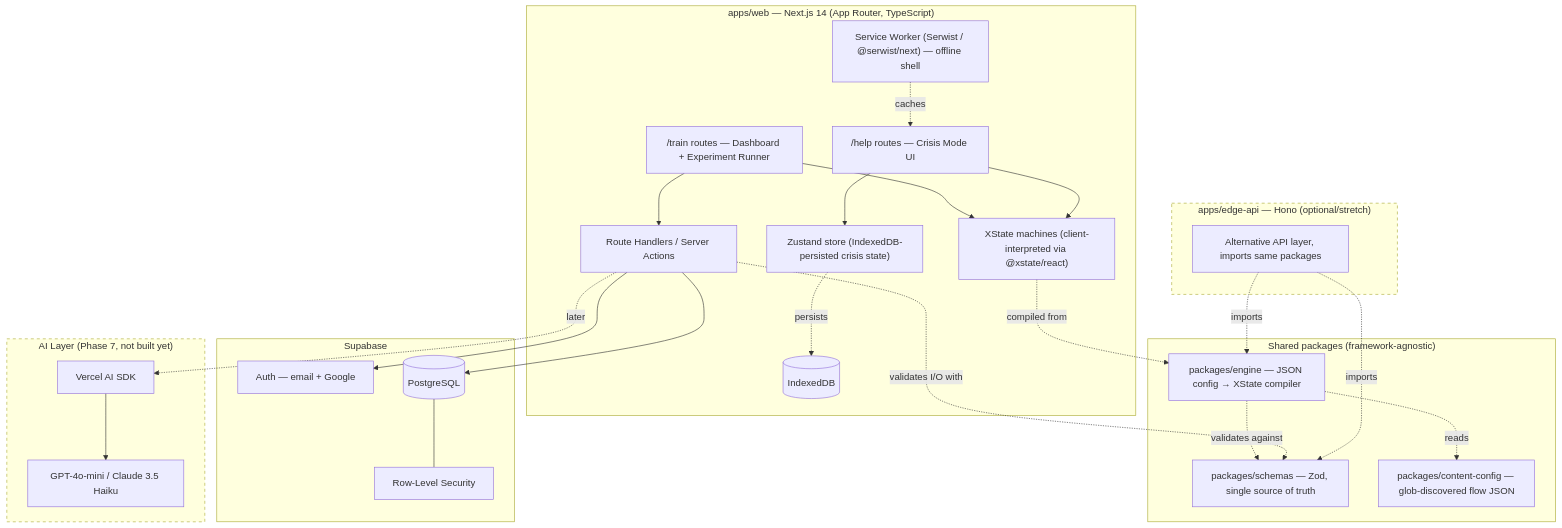
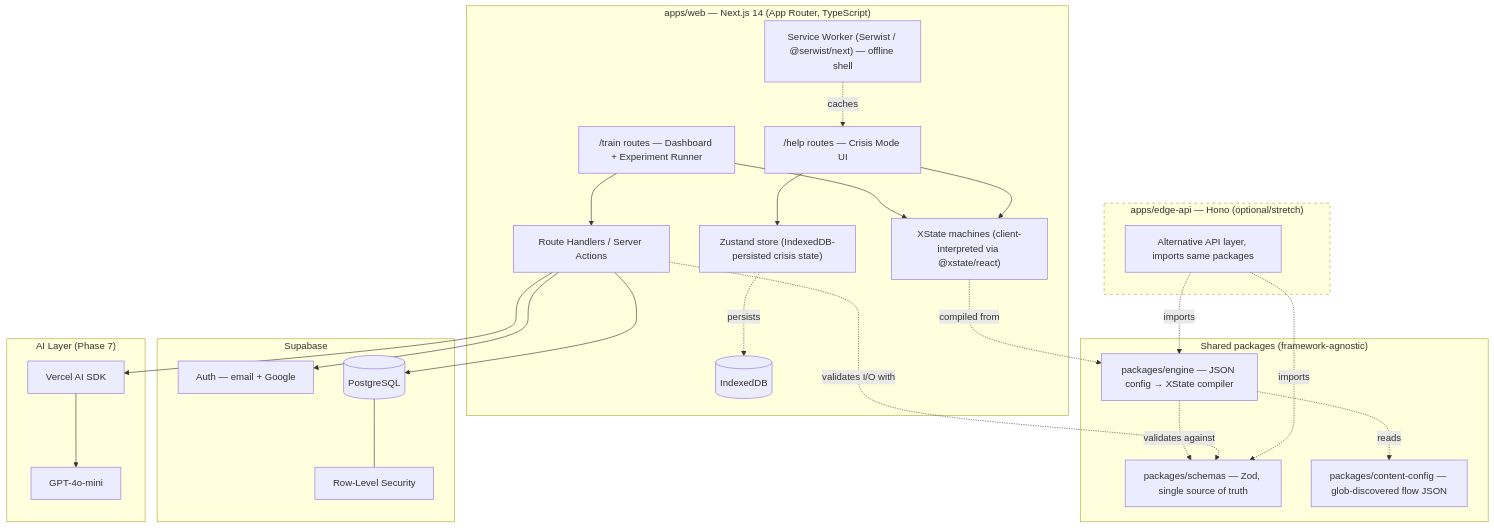
One commit to ubturja/Is-It-For-Real changed the second of 3 diagrams in docs/SYSTEM_REFERENCE.md. Above: the diagram before and after it, drawn with Mermaid. The commit also changed other lines of this file and 136 other files, not shown here.

````diff
--- a/docs/SYSTEM_REFERENCE.md
+++ b/docs/SYSTEM_REFERENCE.md
@@ -148,47 +169,46 @@
 ```mermaid
 flowchart TB
     subgraph WEB["apps/web — Next.js 14 (App Router, TypeScript)"]
         UI_TRAIN["/train routes — Dashboard + Experiment Runner"]
         UI_HELP["/help routes — Crisis Mode UI"]
         XSTATE["XState machines (client-interpreted via @xstate/react)"]
         ZUSTAND["Zustand store (IndexedDB-persisted crisis state)"]
         SW["Service Worker (Serwist / @serwist/next) — offline shell"]
         RH["Route Handlers / Server Actions"]
         UI_TRAIN --> XSTATE
         UI_HELP --> XSTATE
         UI_HELP --> ZUSTAND
         ZUSTAND -.persists.-> IDB[("IndexedDB")]
         SW -.caches.-> UI_HELP
         UI_TRAIN --> RH
     end
     subgraph PACKAGES["Shared packages (framework-agnostic)"]
         SCHEMAS["packages/schemas — Zod, single source of truth"]
         ENGINE["packages/engine — JSON config → XState compiler"]
         CONTENT["packages/content-config — glob-discovered flow JSON"]
     end
     subgraph EDGE["apps/edge-api — Hono (optional/stretch)"]
         HONO["Alternative API layer, imports same packages"]
     end
     subgraph SUPABASE["Supabase"]
         AUTH["Auth — email + Google"]
         PG[("PostgreSQL")]
         RLS["Row-Level Security"]
     end
-    subgraph AI["AI Layer (Phase 7, not built yet)"]
+    subgraph AI["AI Layer (Phase 7)"]
         SDK["Vercel AI SDK"]
-        MODEL["GPT-4o-mini / Claude 3.5 Haiku"]
+        MODEL["GPT-4o-mini"]
     end
     XSTATE -.compiled from.-> ENGINE
     ENGINE -.validates against.-> SCHEMAS
     ENGINE -.reads.-> CONTENT
     RH -.validates I/O with.-> SCHEMAS
     RH --> AUTH
     RH --> PG
     PG --- RLS
-    RH -.later.-> SDK
+    RH --> SDK
     SDK --> MODEL
     HONO -.imports.-> SCHEMAS
     HONO -.imports.-> ENGINE
-    style AI stroke-dasharray: 5 5
     style EDGE stroke-dasharray: 5 5
 ```
````
